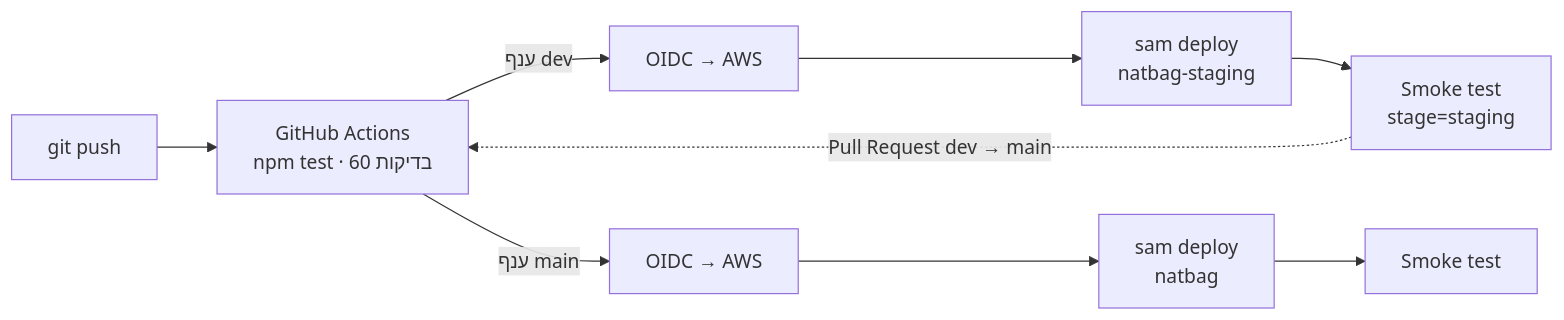
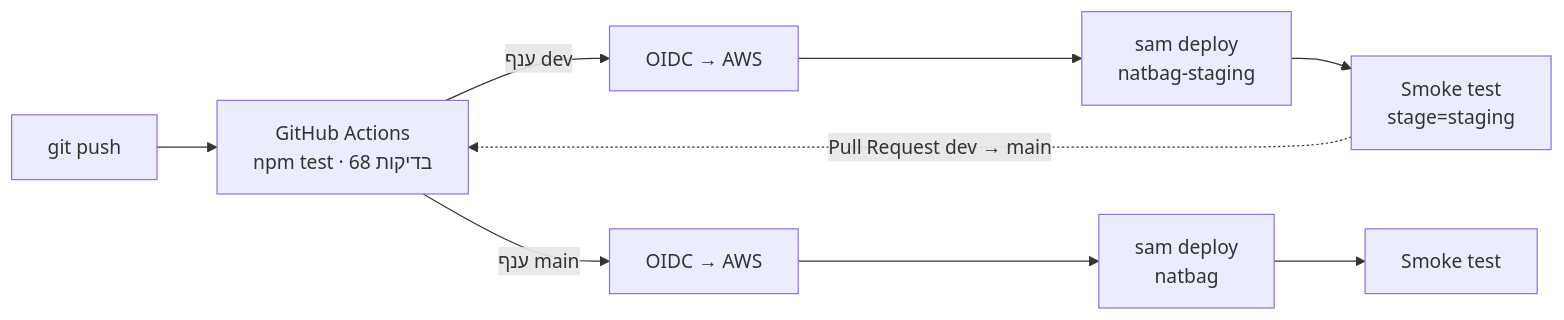
One commit to ackerme/natbag-monitor changed the second of 2 diagrams in README.md. Above: the diagram before and after it, drawn with Mermaid. The commit also changed other lines of this file, not shown here.

````diff
--- a/README.md
+++ b/README.md
@@ -84,7 +94,7 @@
 ```mermaid
 flowchart LR
-    D[git push] --> T[GitHub Actions<br/>npm test · 60 בדיקות]
+    D[git push] --> T[GitHub Actions<br/>npm test · 68 בדיקות]
     T -->|ענף dev| SO[OIDC → AWS] --> SS[sam deploy<br/>natbag-staging] --> SH[Smoke test<br/>stage=staging]
     T -->|ענף main| PO[OIDC → AWS] --> PS[sam deploy<br/>natbag] --> PH[Smoke test]
     SH -.->|Pull Request dev → main| T
 ```
````
